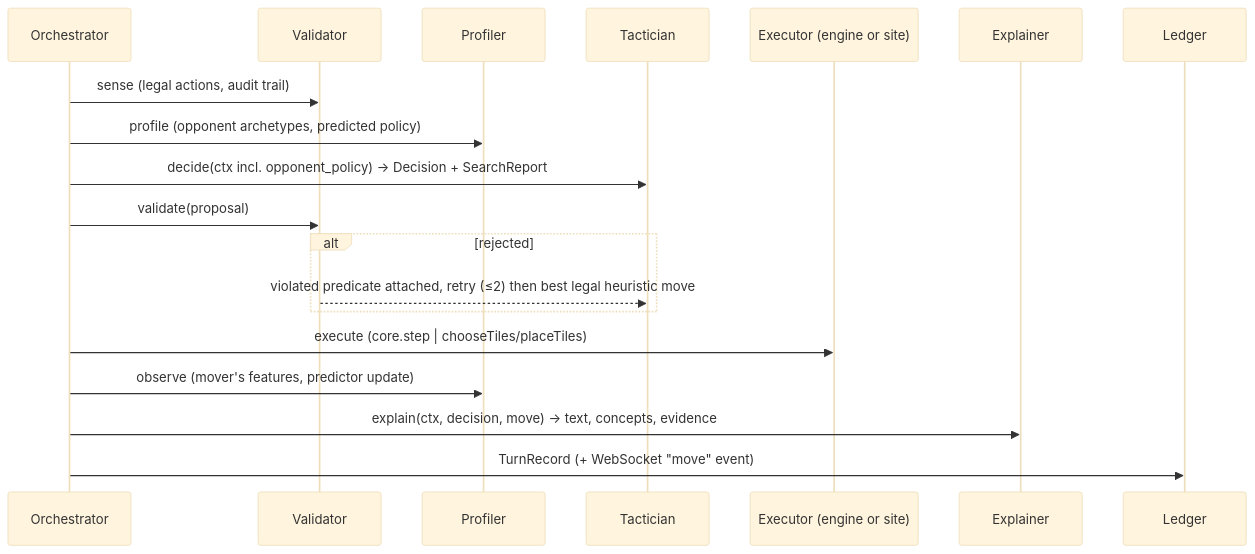
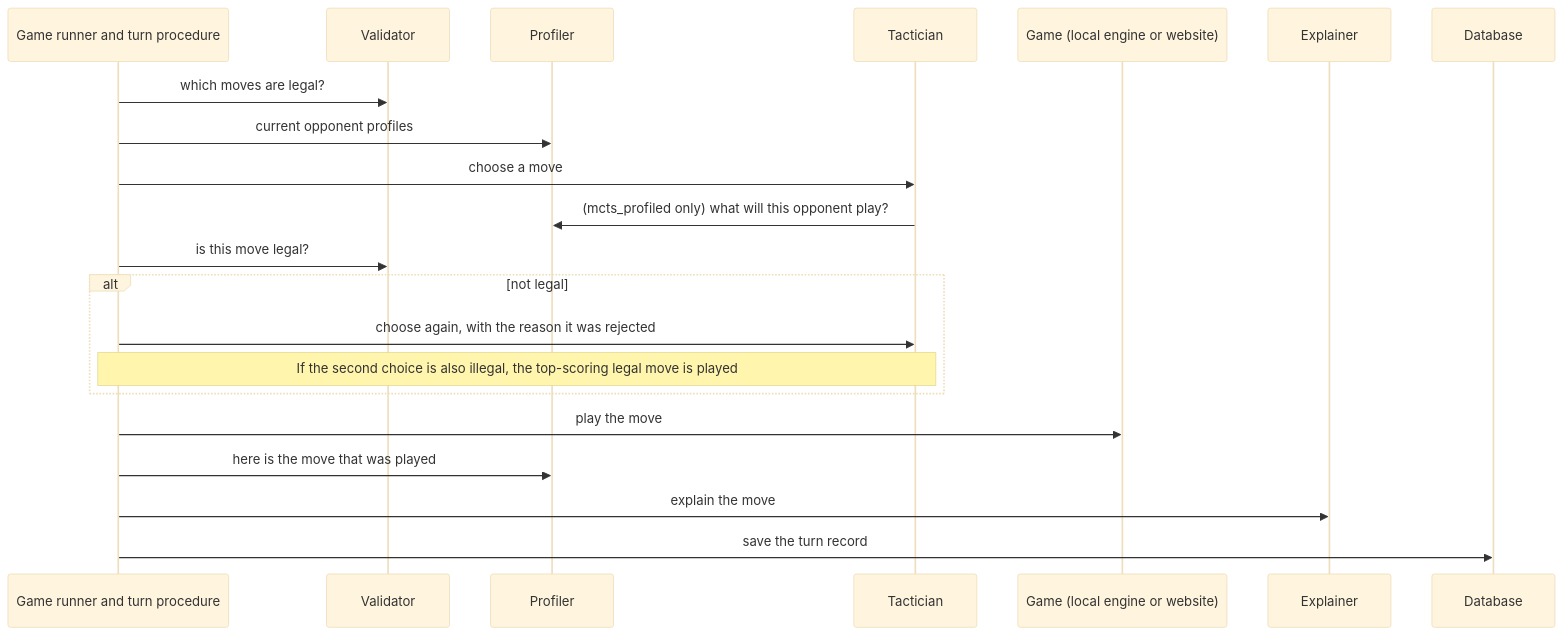
Before and after one commit to rongrongrr/AIS_PT07-Group1_MultiAgentBoardGameIntelligence: the second of 3 diagrams in docs/FINAL_REPORT.md, drawn with Mermaid (base theme). The commit also changed other lines of this file, not shown here.

````diff
--- a/docs/FINAL_REPORT.md
+++ b/docs/FINAL_REPORT.md
@@ -146,21 +122,23 @@
 ```mermaid
 sequenceDiagram
-  participant O as Orchestrator
+  participant P as Game runner and turn procedure
   participant V as Validator
-  participant P as Profiler
+  participant PR as Profiler
   participant T as Tactician
-  participant X as Executor (engine or site)
+  participant X as Game (local engine or website)
   participant E as Explainer
-  participant L as Ledger
-  O->>V: sense (legal actions, audit trail)
-  O->>P: profile (opponent archetypes, predicted policy)
-  O->>T: decide(ctx incl. opponent_policy) → Decision + SearchReport
-  O->>V: validate(proposal)
-  alt rejected
-    V-->>T: violated predicate attached, retry (≤2) then best legal heuristic move
+  participant L as Database
+  P->>V: which moves are legal?
+  P->>PR: current opponent profiles
+  P->>T: choose a move
+  T->>PR: (mcts_profiled only) what will this opponent play?
+  P->>V: is this move legal?
+  alt not legal
+    P->>T: choose again, with the reason it was rejected
+    Note over P,T: If the second choice is also illegal, the top-scoring legal move is played
   end
-  O->>X: execute (core.step | chooseTiles/placeTiles)
-  O->>P: observe (mover's features, predictor update)
-  O->>E: explain(ctx, decision, move) → text, concepts, evidence
-  O->>L: TurnRecord (+ WebSocket "move" event)
+  P->>X: play the move
+  P->>PR: here is the move that was played
+  P->>E: explain the move
+  P->>L: save the turn record
 ```
````
